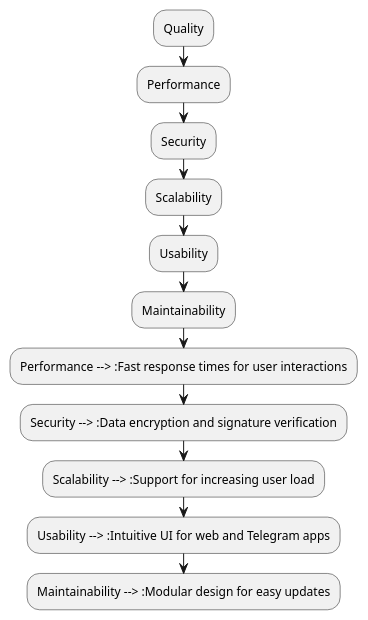
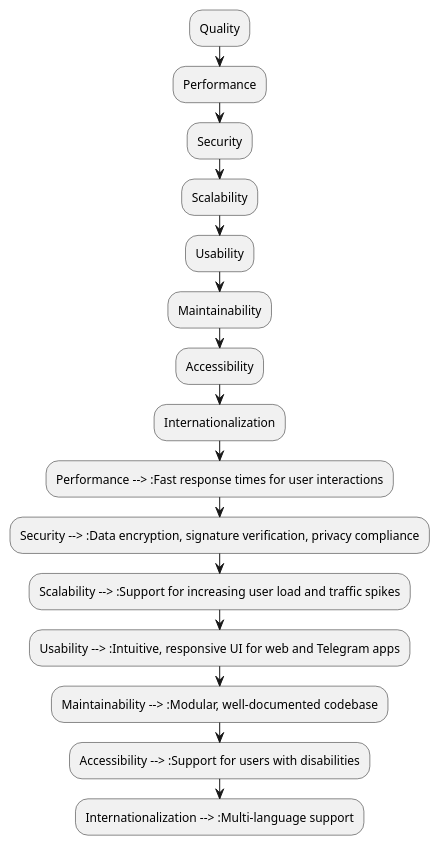
The diagram in docs/src/10_quality_requirements.adoc (konnektoren/konnektoren-rs), drawn with PlantUML before and after one commit. The commit also changed other lines of this file, not shown here.

```diff
--- a/docs/src/10_quality_requirements.adoc
+++ b/docs/src/10_quality_requirements.adoc
@@ -8,17 +8,21 @@
 [plantuml, quality-tree, svg]
 ....
 @startuml quality-tree
 :Quality;
 :Performance;
 :Security;
 :Scalability;
 :Usability;
 :Maintainability;
+:Accessibility;
+:Internationalization;
 
 :Performance --> :Fast response times for user interactions;
-:Security --> :Data encryption and signature verification;
-:Scalability --> :Support for increasing user load;
-:Usability --> :Intuitive UI for web and Telegram apps;
-:Maintainability --> :Modular design for easy updates;
+:Security --> :Data encryption, signature verification, privacy compliance;
+:Scalability --> :Support for increasing user load and traffic spikes;
+:Usability --> :Intuitive, responsive UI for web and Telegram apps;
+:Maintainability --> :Modular, well-documented codebase;
+:Accessibility --> :Support for users with disabilities;
+:Internationalization --> :Multi-language support;
 @enduml
 ....
```
